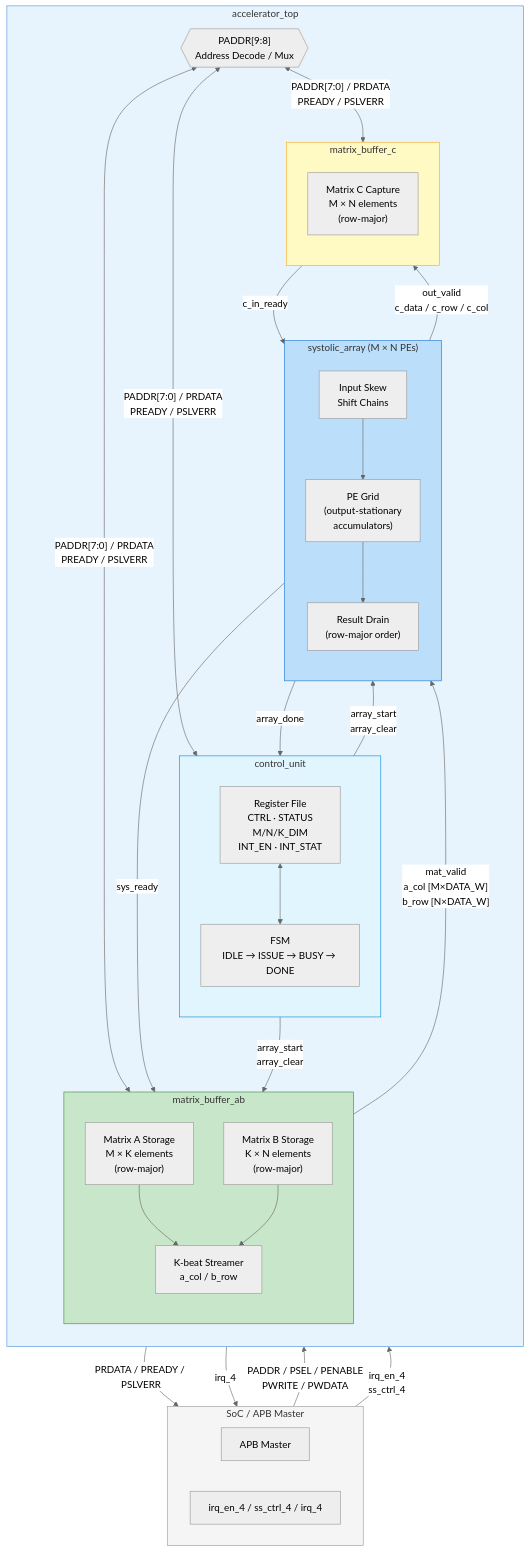
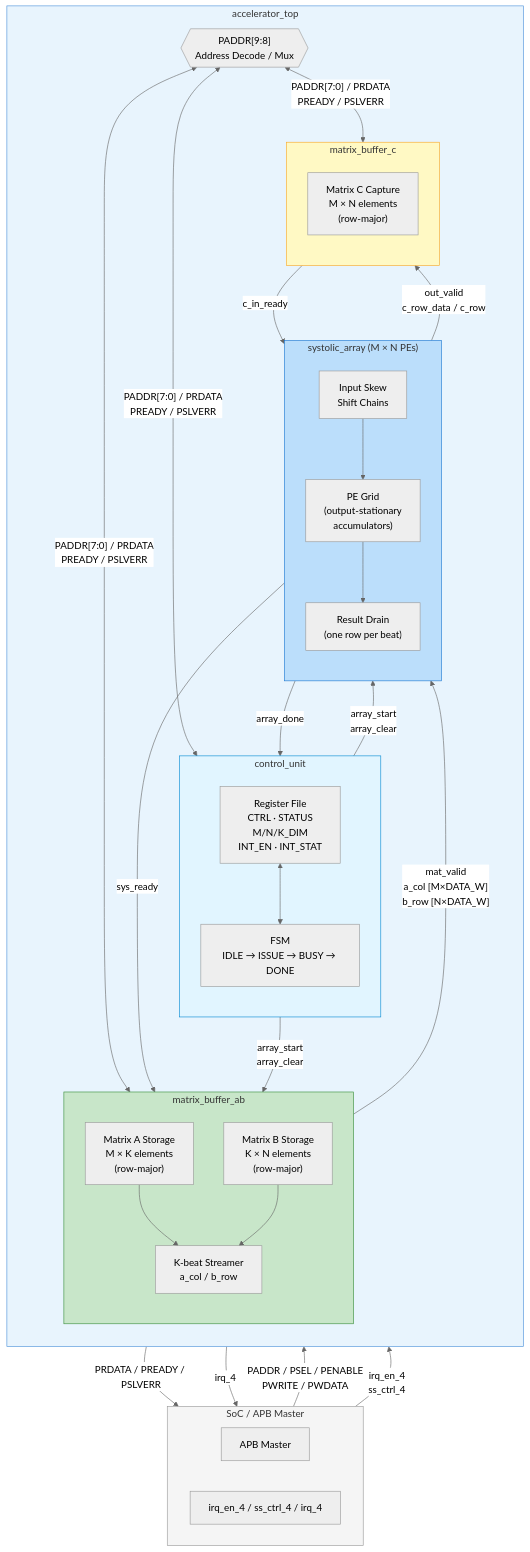
The first of 5 diagrams in docs/interface/accelerator_top_if.md (lithegreat/systolic-array-AI-accelerator), drawn with Mermaid (neutral theme) before and after one commit. The commit also changed other lines of this file and 3 other files, not shown here.

Commit message:
docs: update documentation to reflect changes in result draining and data handling in systolic array and matrix buffer

````diff
--- a/docs/interface/accelerator_top_if.md
+++ b/docs/interface/accelerator_top_if.md
@@ -15,70 +15,70 @@
 ```mermaid
 flowchart TB
    subgraph SoC["SoC / APB Master"]
       direction LR
       apb_m["APB Master"]
       soc_irq["irq_en_4 / ss_ctrl_4 / irq_4"]
    end
 
    subgraph TOP["accelerator_top"]
       direction TB
 
       decode{{"PADDR[9:8]\nAddress Decode / Mux"}}
 
       subgraph CTRL["control_unit"]
          direction TB
          regs["Register File\nCTRL · STATUS\nM/N/K_DIM\nINT_EN · INT_STAT"]
          fsm["FSM\nIDLE → ISSUE → BUSY → DONE"]
          regs <--> fsm
       end
 
       subgraph AB["matrix_buffer_ab"]
          direction TB
          mem_a["Matrix A Storage\nM × K elements\n(row-major)"]
          mem_b["Matrix B Storage\nK × N elements\n(row-major)"]
          streamer["K-beat Streamer\na_col / b_row"]
          mem_a --> streamer
          mem_b --> streamer
       end
 
       subgraph ARRAY["systolic_array  (M × N PEs)"]
          direction TB
          skew["Input Skew\nShift Chains"]
          pes["PE Grid\n(output-stationary\naccumulators)"]
-         drain["Result Drain\n(row-major order)"]
+         drain["Result Drain\n(one row per beat)"]
          skew --> pes --> drain
       end
 
       subgraph C["matrix_buffer_c"]
          direction TB
          mem_c["Matrix C Capture\nM × N elements\n(row-major)"]
       end
 
       decode <-- "PADDR[7:0] / PRDATA\nPREADY / PSLVERR" --> CTRL
       decode <-- "PADDR[7:0] / PRDATA\nPREADY / PSLVERR" --> AB
       decode <-- "PADDR[7:0] / PRDATA\nPREADY / PSLVERR" --> C
 
       fsm -- "array_start\narray_clear" --> streamer
       fsm -- "array_start\narray_clear" --> ARRAY
       drain -- "array_done" --> fsm
 
       streamer -- "mat_valid\na_col [M×DATA_W]\nb_row [N×DATA_W]" --> skew
       skew -- "sys_ready" --> streamer
 
-      drain -- "out_valid\nc_data / c_row / c_col" --> mem_c
+      drain -- "out_valid\nc_row_data / c_row" --> mem_c
       mem_c -- "c_in_ready" --> drain
    end
 
    apb_m -- "PADDR / PSEL / PENABLE\nPWRITE / PWDATA" --> decode
    decode -- "PRDATA / PREADY / PSLVERR" --> apb_m
 
    soc_irq -- "irq_en_4\nss_ctrl_4" --> CTRL
    fsm -- "irq_4" --> soc_irq
 
    style SoC fill:#f5f5f5,stroke:#999
    style TOP fill:#e8f4fd,stroke:#4a90d9
    style CTRL fill:#e1f5ff,stroke:#0288d1
    style AB fill:#c8e6c9,stroke:#388e3c
    style ARRAY fill:#bbdefb,stroke:#1976d2
    style C fill:#fff9c4,stroke:#f9a825
 ```
````
